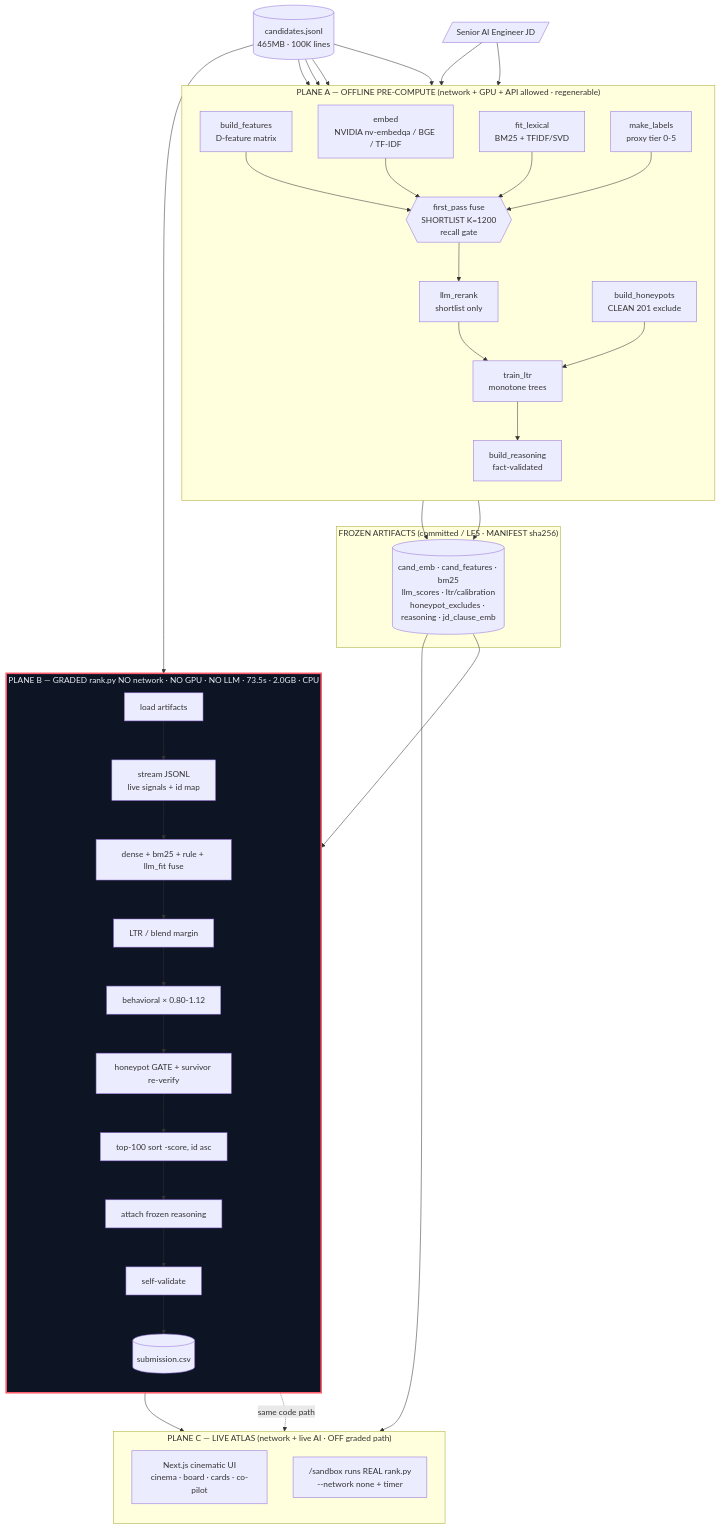
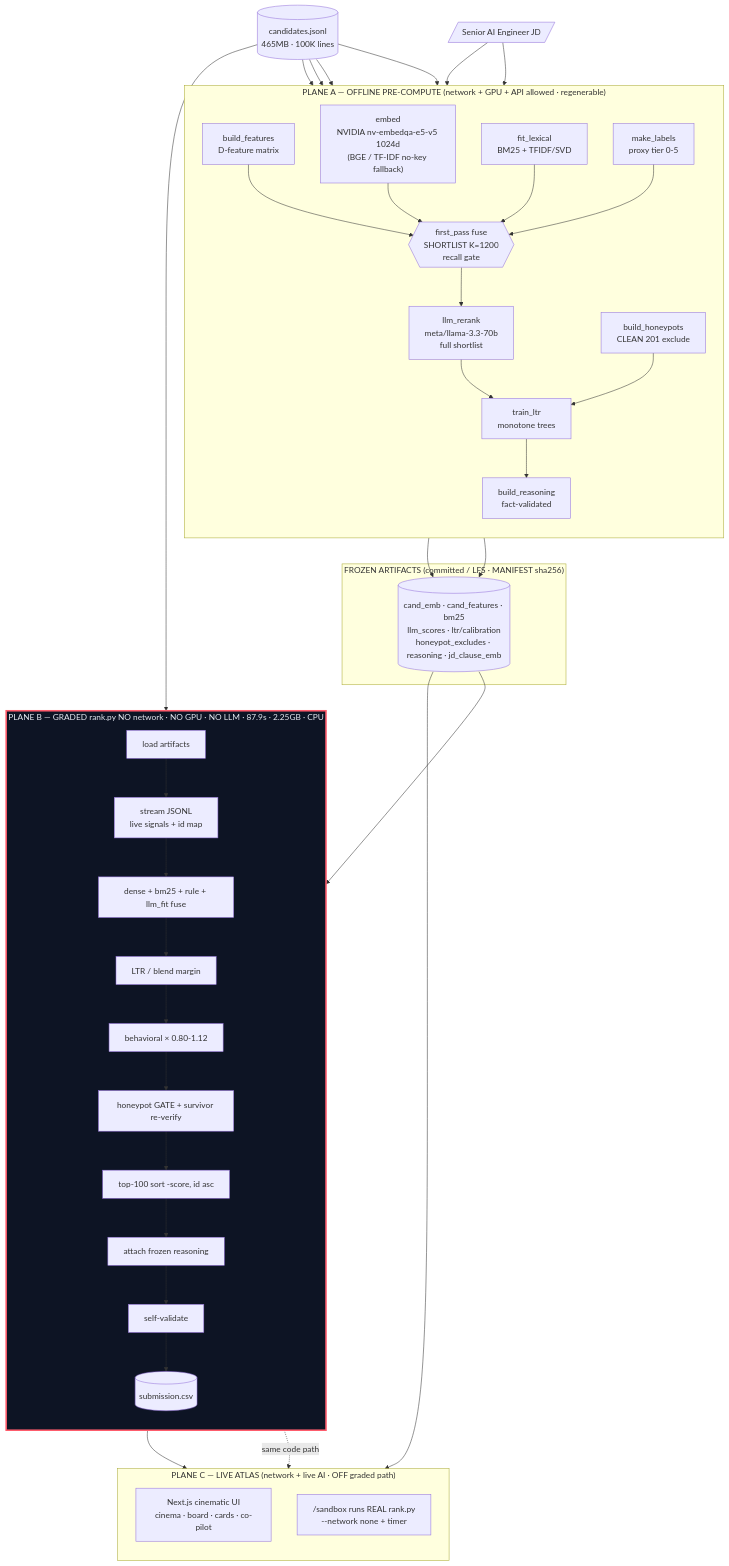
The first of 5 diagrams in docs/architecture.md (divyamohan1993/IndiaRuns), drawn with Mermaid before and after one commit. The commit also changed other lines of this file and 12 other files, not shown here.

````diff
--- a/docs/architecture.md
+++ b/docs/architecture.md
@@ -13,58 +13,58 @@
 ```mermaid
 flowchart TB
   DATA[(candidates.jsonl<br/>465MB · 100K lines)]
   JD[/Senior AI Engineer JD/]
 
   subgraph A["PLANE A — OFFLINE PRE-COMPUTE  (network + GPU + API allowed · regenerable)"]
     direction TB
     A1[build_features<br/>D-feature matrix]
-    A2["embed<br/>NVIDIA nv-embedqa / BGE / TF-IDF"]
+    A2["embed<br/>NVIDIA nv-embedqa-e5-v5 1024d<br/>(BGE / TF-IDF no-key fallback)"]
     A3[fit_lexical<br/>BM25 + TFIDF/SVD]
     A4[make_labels<br/>proxy tier 0-5]
     A5{{first_pass fuse<br/>SHORTLIST K=1200<br/>recall gate}}
-    A6["llm_rerank<br/>shortlist only"]
+    A6["llm_rerank<br/>meta/llama-3.3-70b<br/>full shortlist"]
     A7[train_ltr<br/>monotone trees]
     A8[build_honeypots<br/>CLEAN 201 exclude]
     A9[build_reasoning<br/>fact-validated]
     A1 --> A5
     A2 --> A5
     A3 --> A5
     A4 --> A5
     A5 --> A6 --> A7
     A8 --> A7
     A7 --> A9
   end
 
   subgraph FROZE["FROZEN ARTIFACTS  (committed / LFS · MANIFEST sha256)"]
     ART[(cand_emb · cand_features · bm25<br/>llm_scores · ltr/calibration<br/>honeypot_excludes · reasoning · jd_clause_emb)]
   end
 
-  subgraph B["PLANE B — GRADED rank.py  NO network · NO GPU · NO LLM · 73.5s · 2.0GB · CPU"]
+  subgraph B["PLANE B — GRADED rank.py  NO network · NO GPU · NO LLM · 87.9s · 2.25GB · CPU"]
     direction TB
     B1[load artifacts] --> B2[stream JSONL<br/>live signals + id map]
     B2 --> B3[dense + bm25 + rule + llm_fit fuse]
     B3 --> B4[LTR / blend margin]
     B4 --> B5[behavioral × 0.80-1.12]
     B5 --> B6[honeypot GATE + survivor re-verify]
     B6 --> B7[top-100 sort -score, id asc]
     B7 --> B8[attach frozen reasoning] --> B9[self-validate] --> CSV[(submission.csv)]
   end
 
   subgraph C["PLANE C — LIVE ATLAS  (network + live AI · OFF graded path)"]
     direction TB
     WEB[Next.js cinematic UI<br/>cinema · board · cards · co-pilot]
     SBX["/sandbox runs REAL rank.py<br/>--network none + timer"]
   end
 
   DATA --> A1 & A2 & A3 & A4 & B2
   JD --> A2 & A4
   A1 --> ART
   A9 --> ART
   ART --> B1
   ART --> WEB
   CSV --> WEB
   B -.same code path.-> SBX
 
   classDef gated fill:#0D1424,stroke:#FF5C6C,stroke-width:3px,color:#E6EAF2;
   class B gated;
 ```
````
